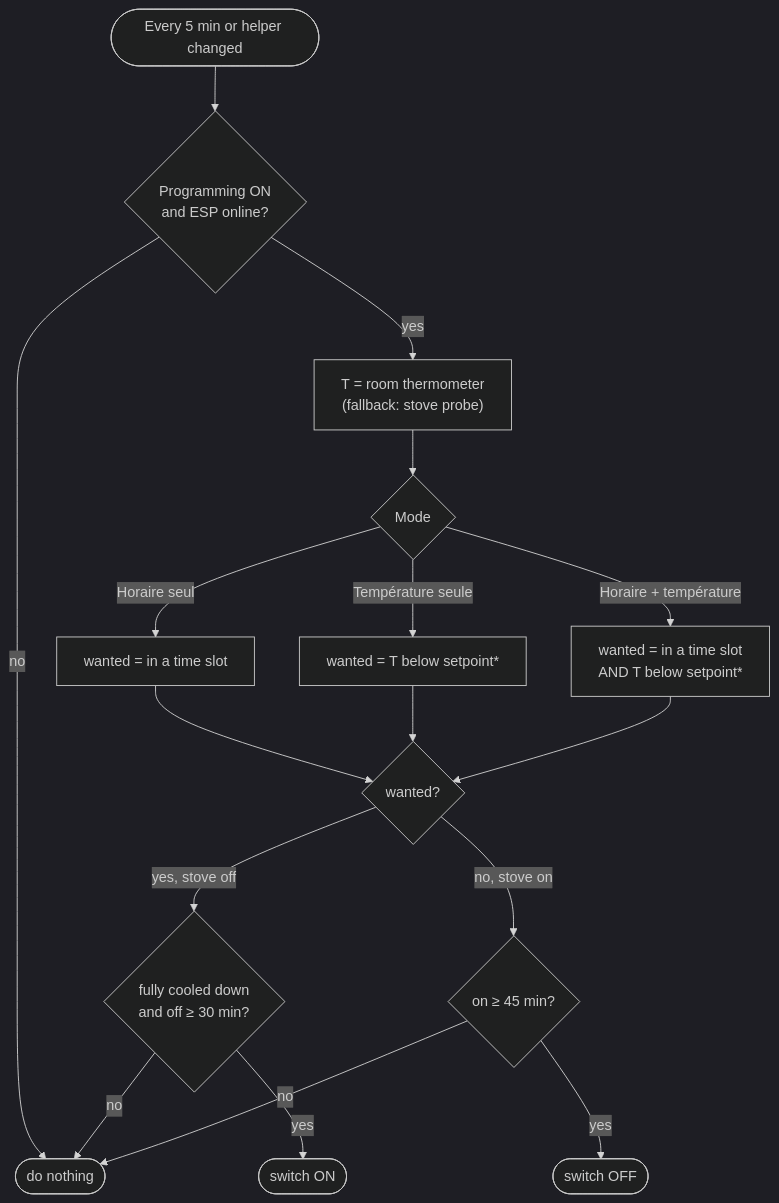
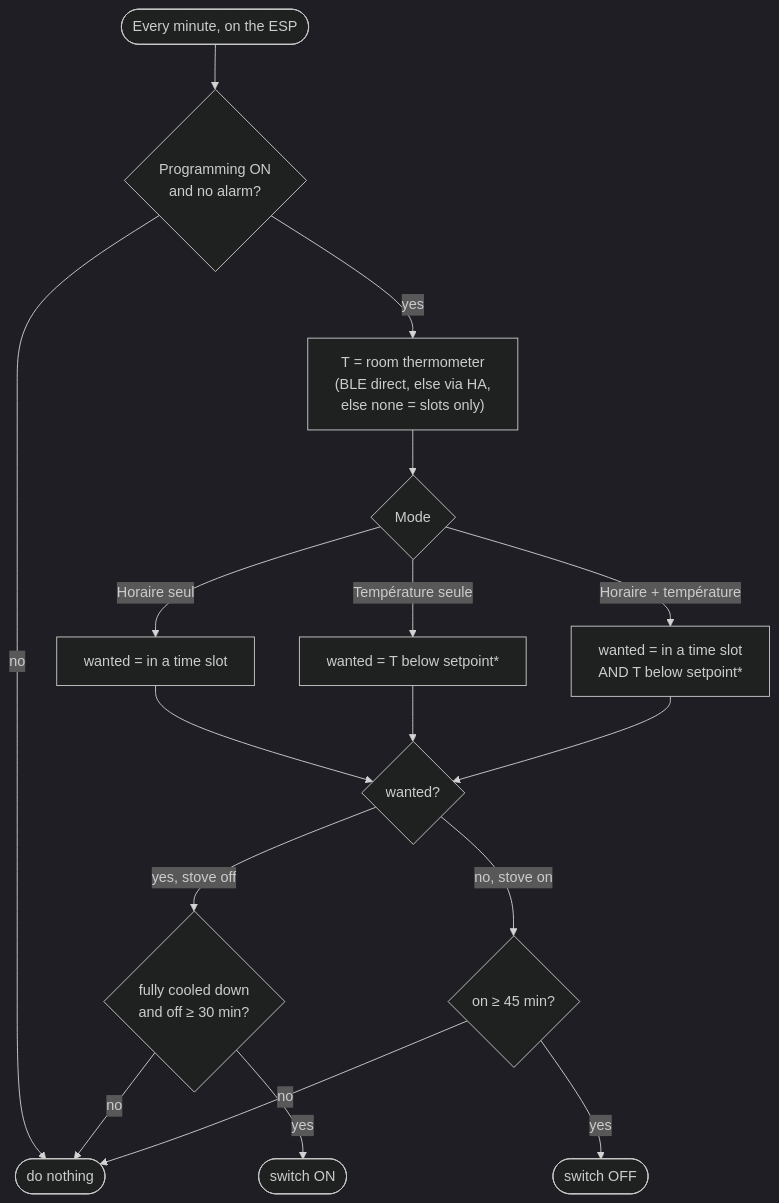
Before and after one commit to skribascode/Moretti-pellet-stove-esp32: the second of 2 diagrams in README.md, drawn with Mermaid (dark theme). The commit also changed other lines of this file and 4 other files, not shown here.

````diff
--- a/README.md
+++ b/README.md
@@ -259,17 +262,17 @@
 ```mermaid
 flowchart TD
-    A([Every 5 min or helper changed]) --> B{Programming ON<br/>and ESP online?}
+    A([Every minute, on the ESP]) --> B{Programming ON<br/>and no alarm?}
     B -- no --> Z([do nothing])
-    B -- yes --> C["T = room thermometer<br/>(fallback: stove probe)"]
+    B -- yes --> C["T = room thermometer<br/>(BLE direct, else via HA,<br/>else none = slots only)"]
     C --> D{Mode}
     D -- "Horaire seul" --> E["wanted = in a time slot"]
     D -- "Température seule" --> F["wanted = T below setpoint*"]
     D -- "Horaire + température" --> G["wanted = in a time slot<br/>AND T below setpoint*"]
     E & F & G --> H{wanted?}
     H -- "yes, stove off" --> I{"fully cooled down<br/>and off ≥ 30 min?"}
     I -- yes --> ON([switch ON])
     I -- no --> Z
     H -- "no, stove on" --> J{"on ≥ 45 min?"}
     J -- yes --> OFF([switch OFF])
     J -- no --> Z
 ```
````
